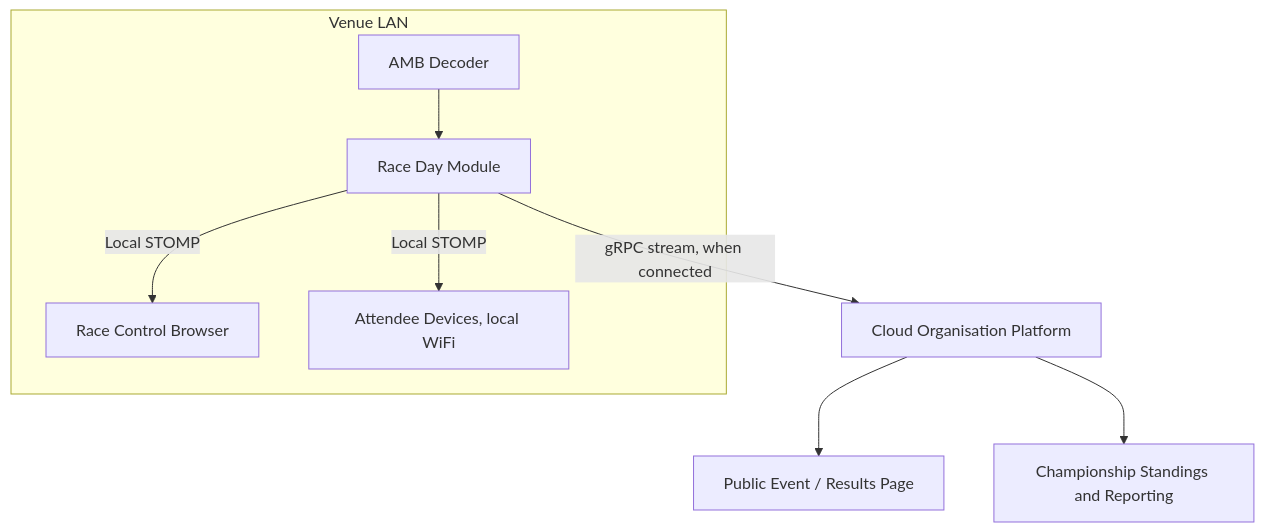
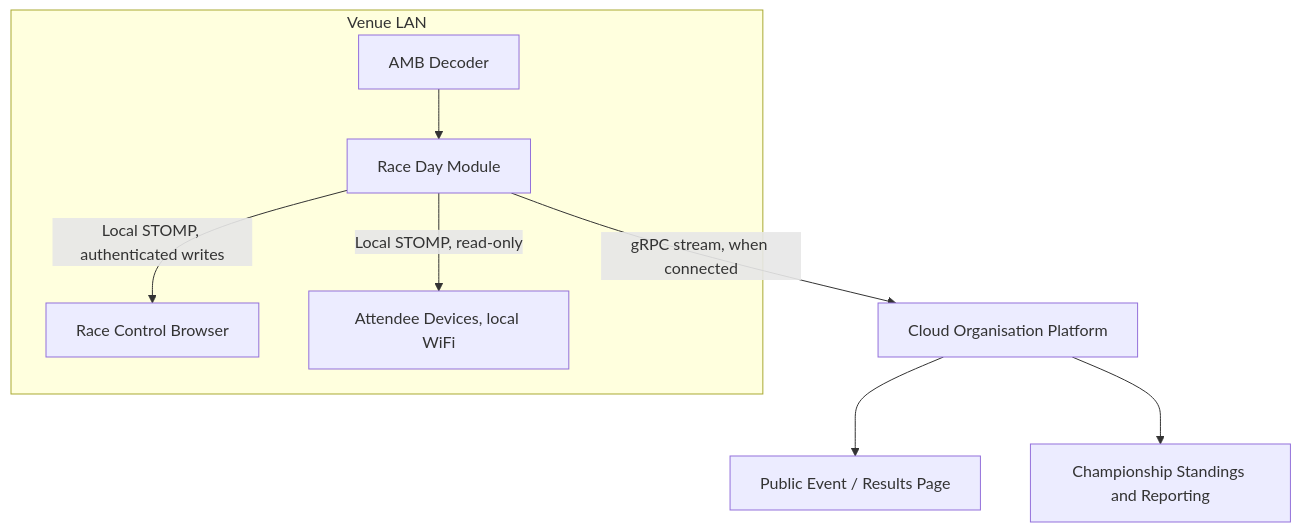
The second of 3 diagrams in docs/plans/2026-08-04-001-feat-offline-race-day-resilience-plan.md (oggthemiffed/RCTimingControl), drawn with Mermaid before and after one commit. The commit also changed other lines of this file, not shown here.

````diff
--- a/docs/plans/2026-08-04-001-feat-offline-race-day-resilience-plan.md
+++ b/docs/plans/2026-08-04-001-feat-offline-race-day-resilience-plan.md
@@ -125,11 +126,11 @@
 ```mermaid
 flowchart TB
   subgraph Venue[Venue LAN]
     Decoder[AMB Decoder] --> RDM[Race Day Module]
-    RDM -->|Local STOMP| Officials[Race Control Browser]
-    RDM -->|Local STOMP| Attendees[Attendee Devices, local WiFi]
+    RDM -->|Local STOMP, authenticated writes| Officials[Race Control Browser]
+    RDM -->|Local STOMP, read-only| Attendees[Attendee Devices, local WiFi]
   end
   RDM -->|gRPC stream, when connected| Cloud[Cloud Organisation Platform]
   Cloud --> Public[Public Event / Results Page]
   Cloud --> Reporting[Championship Standings and Reporting]
 ```
````
